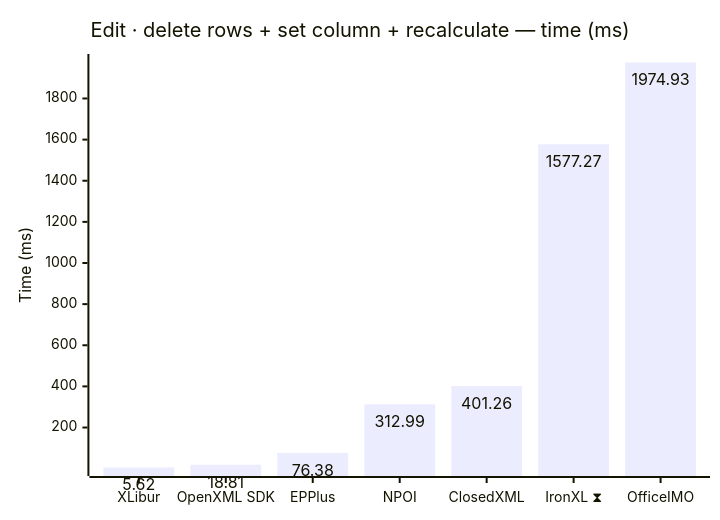
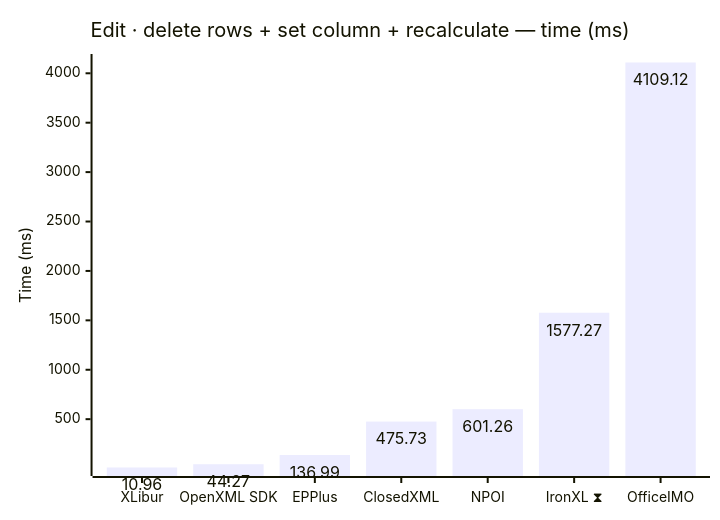
One commit to jafin/XLBench changed diagram 11 of 18 in docs/results-ci.md. Above: the diagram before and after it, drawn with Mermaid. The commit also changed other lines of this file, not shown here.

````diff
--- a/docs/results-ci.md
+++ b/docs/results-ci.md
@@ -173,12 +173,12 @@
 ```mermaid
 ---
 config:
   xyChart:
     showDataLabel: true
 ---
 xychart-beta
     title "Edit · delete rows + set column + recalculate — time (ms)"
-    x-axis ["XLibur", "OpenXML SDK", "EPPlus", "NPOI", "ClosedXML", "IronXL ⧗", "OfficeIMO"]
+    x-axis ["XLibur", "OpenXML SDK", "EPPlus", "ClosedXML", "NPOI", "IronXL ⧗", "OfficeIMO"]
     y-axis "Time (ms)"
-    bar [5.62, 18.81, 76.38, 312.99, 401.26, 1577.27, 1974.93]
+    bar [10.96, 44.27, 136.99, 475.73, 601.26, 1577.27, 4109.12]
 ```
````
